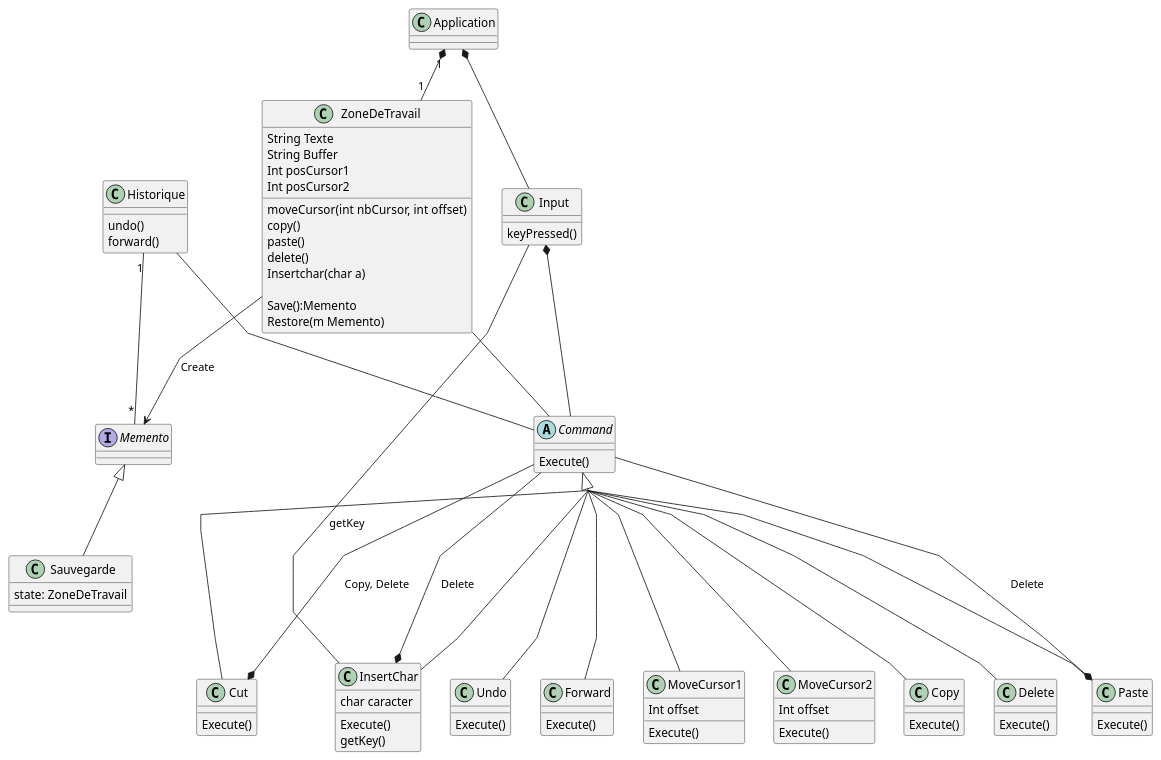
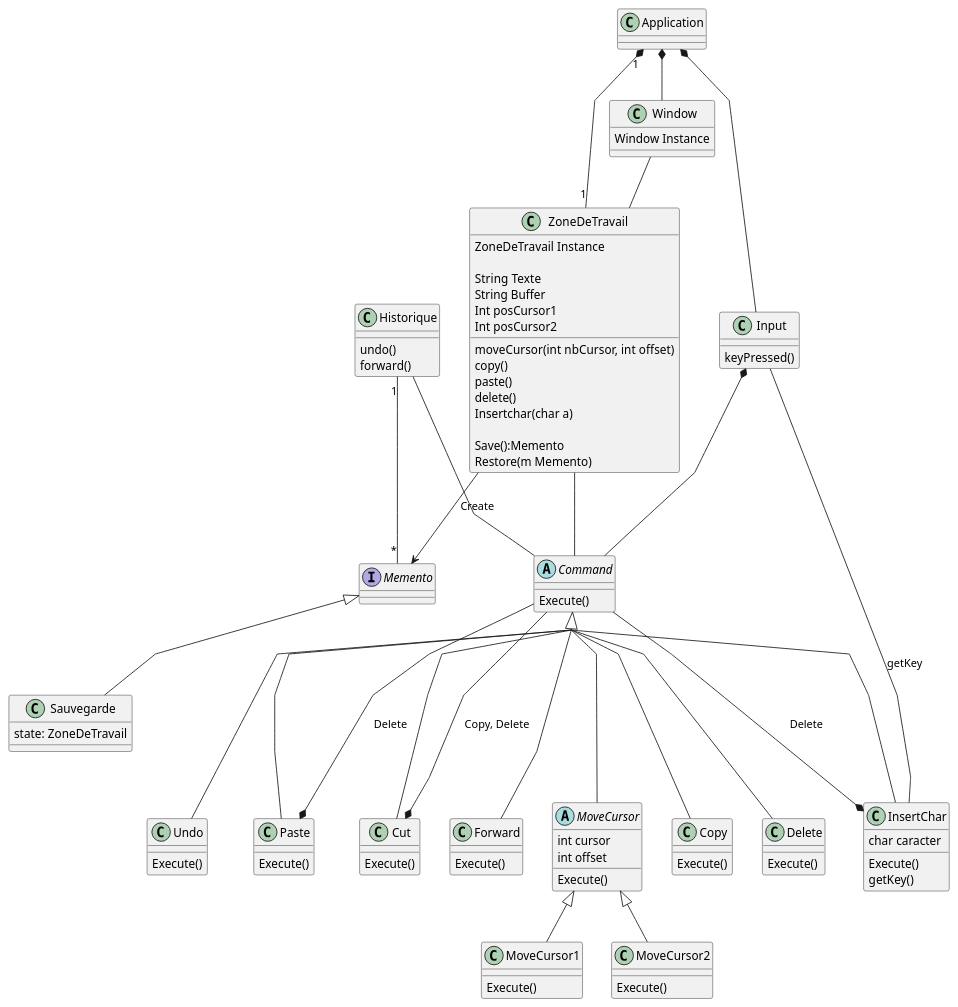
Before and after one commit to Emeraudia/ESIR2_Dracer: the diagram in OMD/TP2/classV2.wsd, drawn with PlantUML. The commit also changed 20 other files, not shown here.

```diff
--- a/OMD/TP2/classV2.wsd
+++ b/OMD/TP2/classV2.wsd
@@ -1,116 +1,130 @@
 @startuml classDiagram
 skinparam groupInheritance 4
 skinparam Linetype polyline
 
 
 class Application {
  
 }
 
+class Window {
+    Window Instance
+
+}
+
 class ZoneDeTravail {
+    ZoneDeTravail Instance
+
     String Texte
     String Buffer
     Int posCursor1
     Int posCursor2
 
     moveCursor(int nbCursor, int offset)
     copy()
     paste()
     delete()
     Insertchar(char a)
 
     Save():Memento
     Restore(m Memento)
     
 }
 
 class Input {
     keyPressed()
 }
 
 abstract Command {
     Execute()
 }
 
+abstract MoveCursor {
+    int cursor
+    int offset
+    Execute()
+}
 
 class MoveCursor1 {
-    Int offset
     Execute()
 }
 class MoveCursor2 {
-    Int offset
     Execute()
 }
 
 class Copy {
     Execute()
 }
 
 class Delete{
     Execute()
 }
 
 class Paste {
     Execute()
 }
 
 class Cut {
     Execute()
 }
 
 class InsertChar {
     char caracter
     Execute()
     getKey()
 }
 
 class Undo {
     Execute()
 }
 
 class Forward {
     Execute()
 }
 
 interface Memento {
     
 }
 
 class Sauvegarde {
     state: ZoneDeTravail
 }
 
 class Historique {
     undo()
     forward()
 }
 
 Application "1" *-- "1" ZoneDeTravail
 Application *-- Input
+Application *-- Window
 Input *-- Command
 ZoneDeTravail -- Command
 Historique -- Command
 
-Command <|--- MoveCursor1
-Command <|--- MoveCursor2
+Command <|--- MoveCursor
 Command <|--- Delete
 Command <|--- Copy
 
 Command <|--- Paste
 Command <|--- Cut
 Command <|--- InsertChar
+
+MoveCursor <|-- MoveCursor1
+MoveCursor <|-- MoveCursor2
 
 Command <|--- Undo
 Command <|--- Forward
 
 Command --* Cut : Copy, Delete
 Command --* InsertChar : Delete
 Command --* Paste : Delete
 Input -- InsertChar : getKey
+Window -- ZoneDeTravail
 
 ZoneDeTravail --> Memento : Create
 Memento <|-- Sauvegarde
 Historique "1" -- "*" Memento
 
 
 @enduml
```
